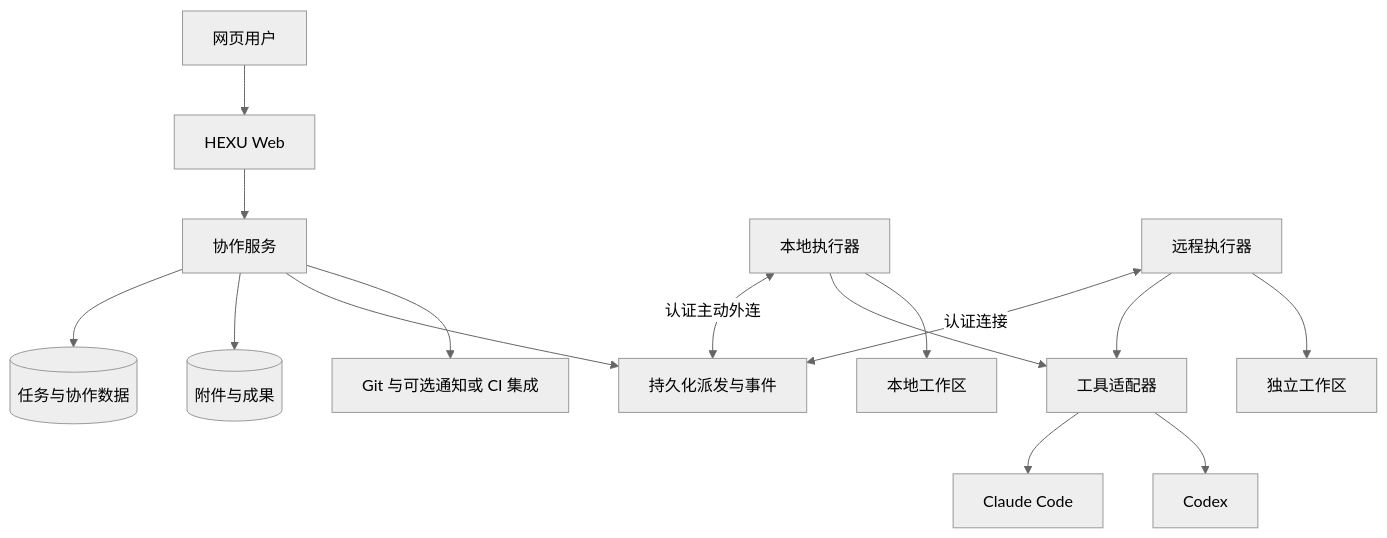
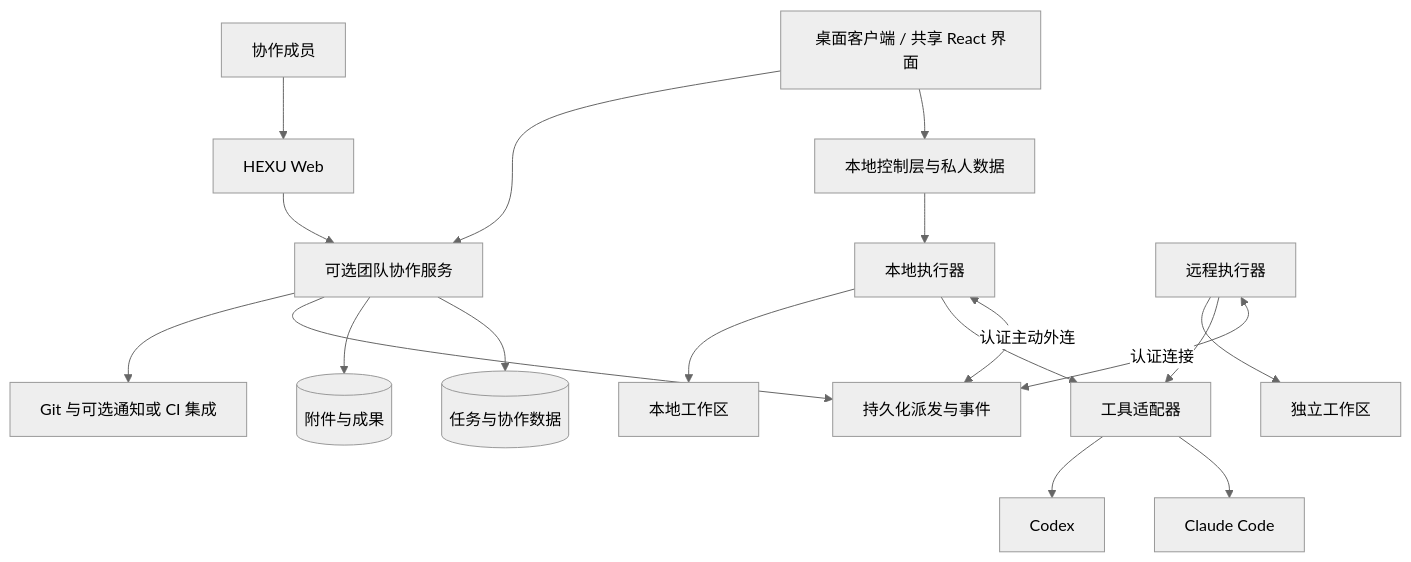
The diagram in docs/product/06-technical-architecture.md (ntygod/HEXU), drawn with Mermaid (neutral theme) before and after one commit. The commit also changed other lines of this file and 20 other files, not shown here.

````diff
--- a/docs/product/06-technical-architecture.md
+++ b/docs/product/06-technical-architecture.md
@@ -16,17 +16,20 @@
 ```mermaid
 flowchart TB
-    U[网页用户] --> W[HEXU Web]
-    W --> C[协作服务]
+    D[桌面客户端 / 共享 React 界面] --> P[本地控制层与私人数据]
+    D --> C[可选团队协作服务]
+    U[协作成员] --> W[HEXU Web]
+    W --> C
+    P --> L[本地执行器]
     C --> DB[(任务与协作数据)]
     C --> O[(附件与成果)]
     C --> Q[持久化派发与事件]
     L[本地执行器] <-->|认证主动外连| Q
     R[远程执行器] <-->|认证连接| Q
     L --> A[工具适配器]
     R --> A
     A --> CC[Claude Code]
     A --> CX[Codex]
     L --> LC[本地工作区]
     R --> RC[独立工作区]
     C --> I[Git 与可选通知或 CI 集成]
 ```
````
